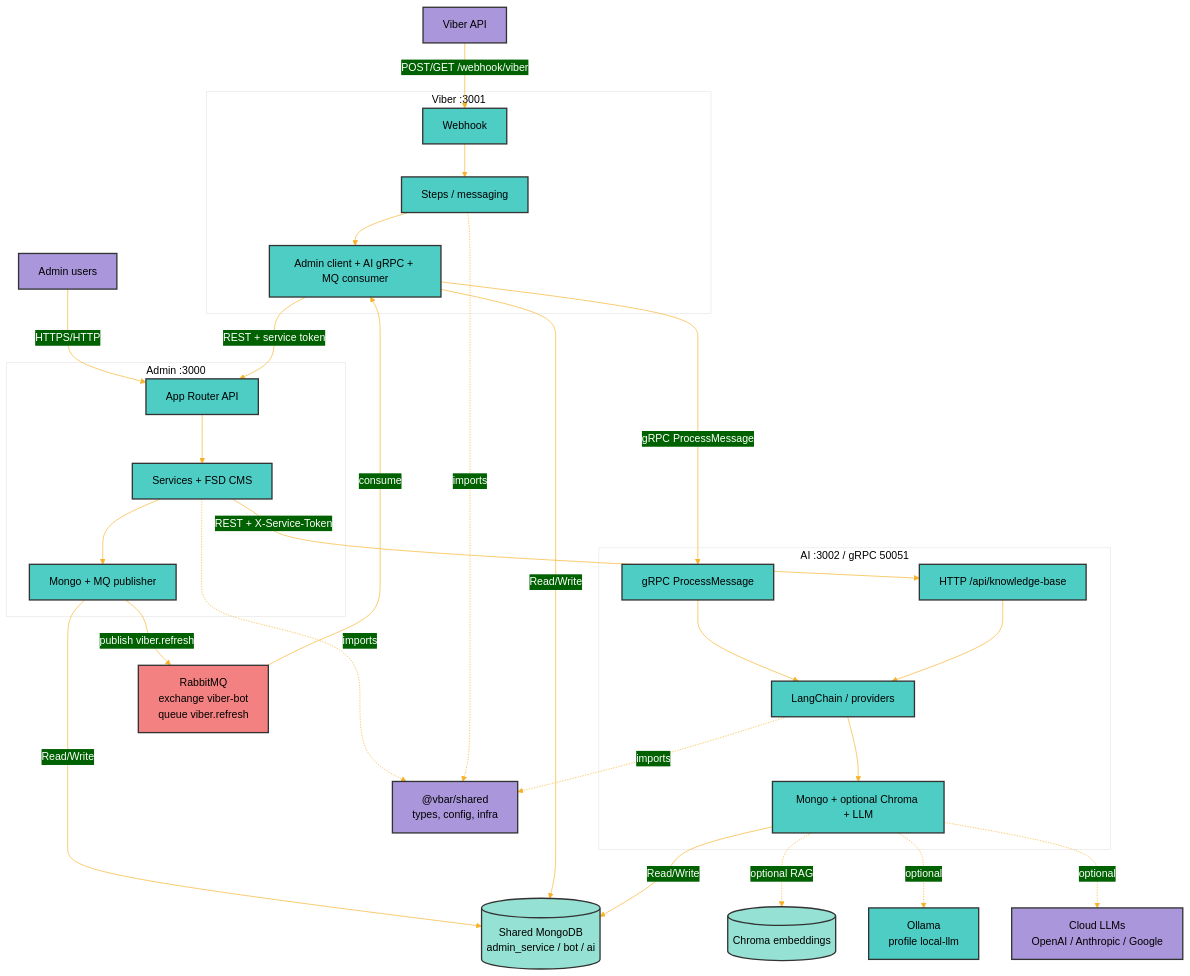
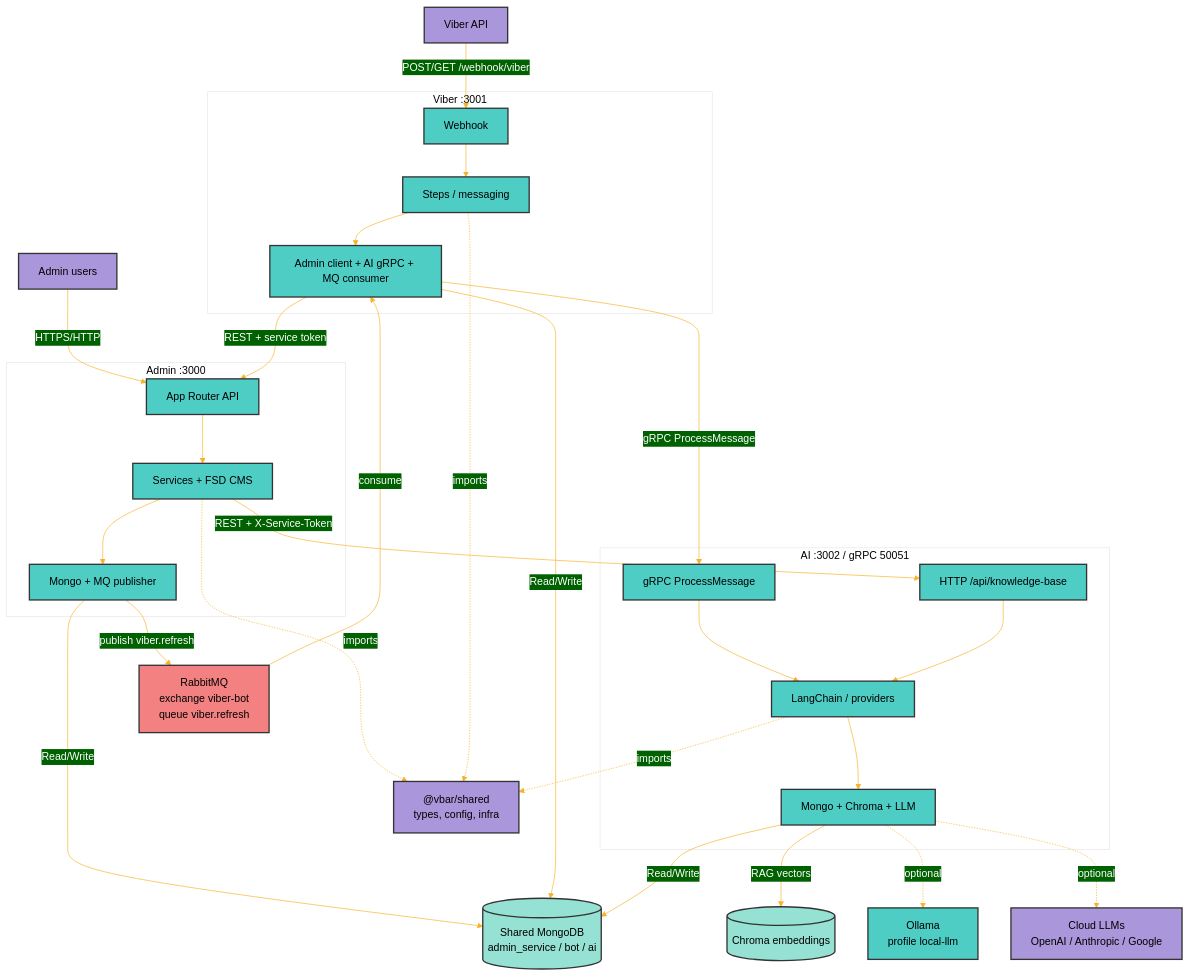
One commit to valiobar/vbar-viber-bot changed the diagram in documentation/diagrams/architecture.mmd. Above: the diagram before and after it, drawn with Mermaid. The commit also changed 14 other files, not shown here.

```diff
--- a/documentation/diagrams/architecture.mmd
+++ b/documentation/diagrams/architecture.mmd
@@ -1,66 +1,66 @@
 %%{init: {'theme':'base', 'themeVariables': { 'primaryColor':'#ff6b6b','primaryTextColor':'#fff','primaryBorderColor':'#7C0000','lineColor':'#F8B229','secondaryColor':'#006100','tertiaryColor':'#fff'}}}%%
 flowchart TB
     ViberAPI[Viber API]
     Users[Admin users]
     ExternalAI[Cloud LLMs<br/>OpenAI / Anthropic / Google]
     Ollama[Ollama<br/>profile local-llm]
     SharedPackage["@vbar/shared<br/>types, config, infra"]
 
     subgraph AdminService["Admin :3000"]
         AdminIn[App Router API]
         AdminApp[Services + FSD CMS]
         AdminOut[Mongo + MQ publisher]
         AdminIn --> AdminApp --> AdminOut
     end
 
     subgraph ViberService["Viber :3001"]
         ViberIn[Webhook]
         ViberApp[Steps / messaging]
         ViberOut[Admin client + AI gRPC + MQ consumer]
         ViberIn --> ViberApp --> ViberOut
     end
 
     subgraph AIService["AI :3002 / gRPC 50051"]
         AIIn[gRPC ProcessMessage]
         AIHttp[HTTP /api/knowledge-base]
         AIApp[LangChain / providers]
-        AIOut[Mongo + optional Chroma + LLM]
+        AIOut[Mongo + Chroma + LLM]
         AIIn --> AIApp --> AIOut
         AIHttp --> AIApp
     end
 
     Mongo[(Shared MongoDB<br/>admin_service / bot / ai)]
     Chroma[(Chroma embeddings)]
     RabbitMQ[RabbitMQ<br/>exchange viber-bot<br/>queue viber.refresh]
 
     Users -->|HTTPS/HTTP| AdminIn
     ViberAPI -->|POST/GET /webhook/viber| ViberIn
 
     AdminOut -->|Read/Write| Mongo
     ViberOut -->|Read/Write| Mongo
     AIOut -->|Read/Write| Mongo
-    AIOut -.->|optional RAG| Chroma
+    AIOut -->|RAG vectors| Chroma
 
     AdminOut -->|publish viber.refresh| RabbitMQ
     RabbitMQ -->|consume| ViberOut
 
     ViberOut -->|REST + service token| AdminIn
     ViberOut -->|gRPC ProcessMessage| AIIn
     AdminApp -->|REST + X-Service-Token| AIHttp
 
     AIOut -.->|optional| Ollama
     AIOut -.->|optional| ExternalAI
 
     AdminApp -.->|imports| SharedPackage
     ViberApp -.->|imports| SharedPackage
     AIApp -.->|imports| SharedPackage
 
     classDef serviceBox fill:#4ECDC4,stroke:#333,stroke-width:2px,color:#000
     classDef dbBox fill:#95E1D3,stroke:#333,stroke-width:2px,color:#000
     classDef mqBox fill:#F38181,stroke:#333,stroke-width:2px,color:#000
     classDef externalBox fill:#AA96DA,stroke:#333,stroke-width:2px,color:#000
 
     class AdminIn,AdminApp,AdminOut,ViberIn,ViberApp,ViberOut,AIIn,AIHttp,AIApp,AIOut,Ollama serviceBox
     class Mongo,Chroma dbBox
     class RabbitMQ mqBox
     class ViberAPI,Users,ExternalAI,SharedPackage externalBox
```
